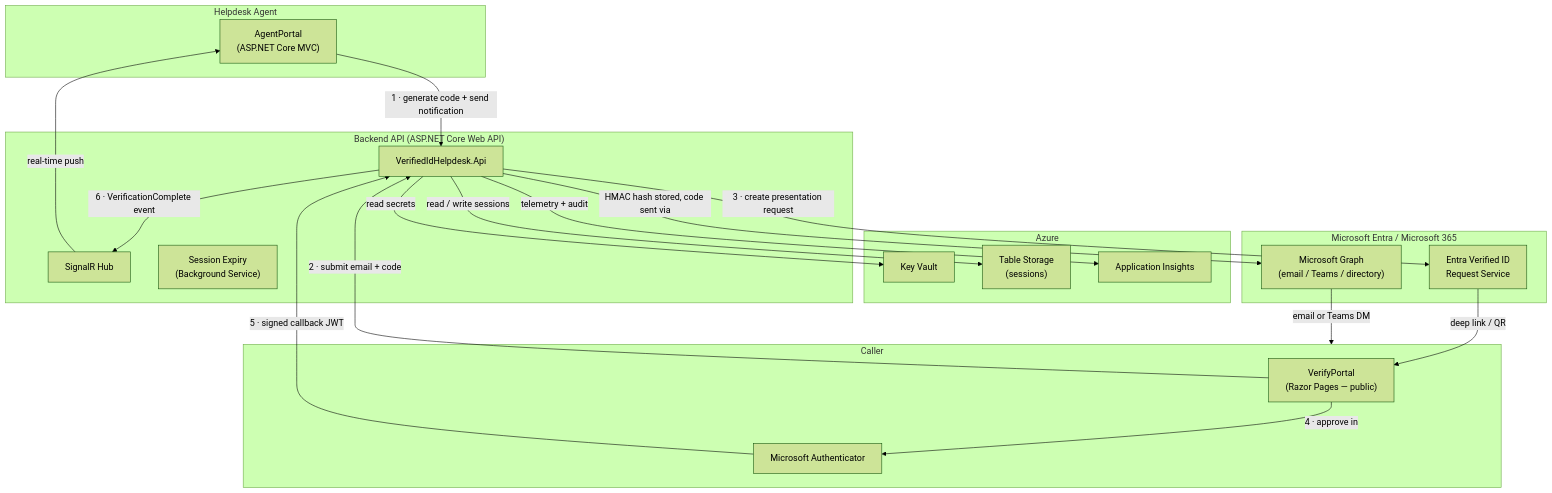
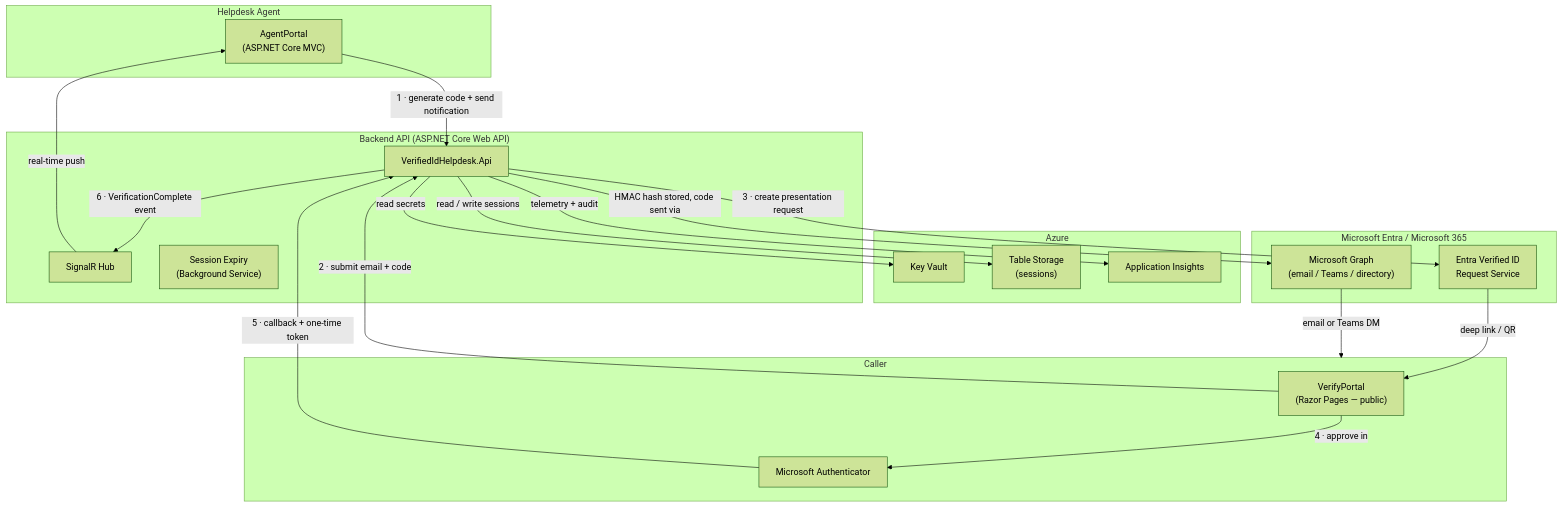
Before and after one commit to joelst/entra-verified-id-helpdesk: the diagram in README.md, drawn with Mermaid (forest theme). The commit also changed other lines of this file and 13 other files, not shown here.

First line of the commit message:
feat: Implement one-time callback token for Verified ID callbacks

````diff
--- a/README.md
+++ b/README.md
@@ -25,45 +25,45 @@
 ```mermaid
 flowchart TD
     subgraph Agent["Helpdesk Agent"]
         AP["AgentPortal\n(ASP.NET Core MVC)"]
     end
 
     subgraph Caller["Caller"]
         VP["VerifyPortal\n(Razor Pages — public)"]
         MA["Microsoft Authenticator"]
     end
 
     subgraph Backend["Backend API (ASP.NET Core Web API)"]
         API["VerifiedIdHelpdesk.Api"]
         HUB["SignalR Hub"]
         EXP["Session Expiry\n(Background Service)"]
     end
 
     subgraph Azure["Azure"]
         KV["Key Vault"]
         ST["Table Storage\n(sessions)"]
         AI["Application Insights"]
     end
 
     subgraph Entra["Microsoft Entra / Microsoft 365"]
         VID["Entra Verified ID\nRequest Service"]
         GR["Microsoft Graph\n(email / Teams / directory)"]
     end
 
     AP -->|"1 · generate code + send notification"| API
     API -->|"HMAC hash stored, code sent via"| GR
     GR -->|"email or Teams DM"| Caller
 
     VP -->|"2 · submit email + code"| API
     API -->|"3 · create presentation request"| VID
     VID -->|"deep link / QR"| VP
     VP -->|"4 · approve in"| MA
-    MA -->|"5 · signed callback JWT"| API
+    MA -->|"5 · callback + one-time token"| API
 
     API -->|"read / write sessions"| ST
     API -->|"read secrets"| KV
     API -->|"telemetry + audit"| AI
 
     API -->|"6 · VerificationComplete event"| HUB
     HUB -->|"real-time push"| AP
 ```
````
